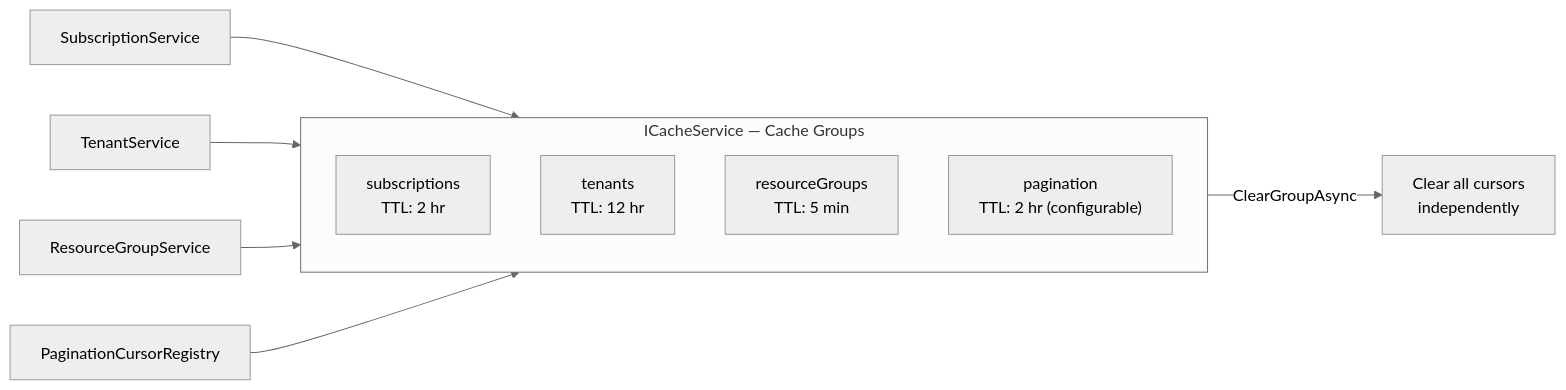
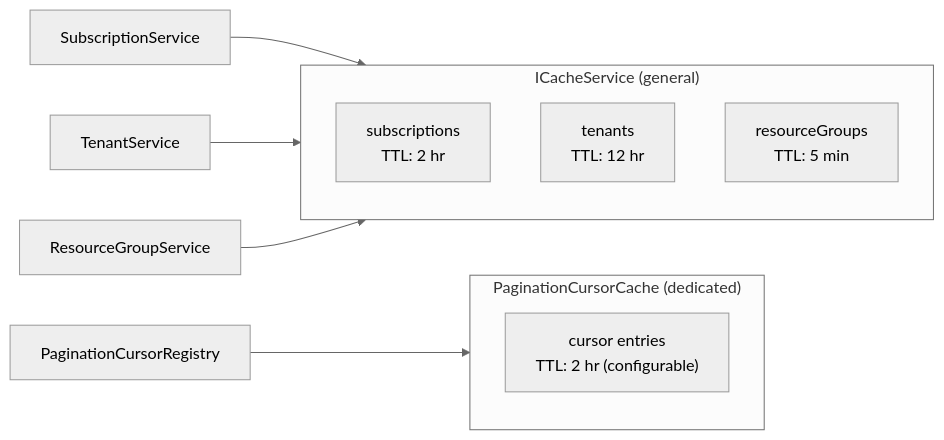
Before and after one commit to srnagar/mcp: the fourth of 4 diagrams in docs/design/pagination-design-proposal.md, drawn with Mermaid (neutral theme). The commit also changed other lines of this file and 5 other files, not shown here.

````diff
--- a/docs/design/pagination-design-proposal.md
+++ b/docs/design/pagination-design-proposal.md
@@ -488,17 +467,19 @@
 ```mermaid
 graph LR
-    subgraph CacheGroups["ICacheService — Cache Groups"]
+    subgraph GeneralCache["ICacheService (general)"]
         direction TB
         G1["subscriptions<br/>TTL: 2 hr"]
         G2["tenants<br/>TTL: 12 hr"]
         G3["resourceGroups<br/>TTL: 5 min"]
-        G4["pagination<br/>TTL: 2 hr (configurable)"]
+    end
+
+    subgraph PaginationStore["PaginationCursorCache (dedicated)"]
+        direction TB
+        G4["cursor entries<br/>TTL: 2 hr (configurable)"]
     end
 
     SS["SubscriptionService"] --> G1
     TS["TenantService"] --> G2
     RGS["ResourceGroupService"] --> G3
     PCR2["PaginationCursorRegistry"] --> G4
-
-    G4 -->|"ClearGroupAsync"| X["Clear all cursors<br/>independently"]
 ```
````
